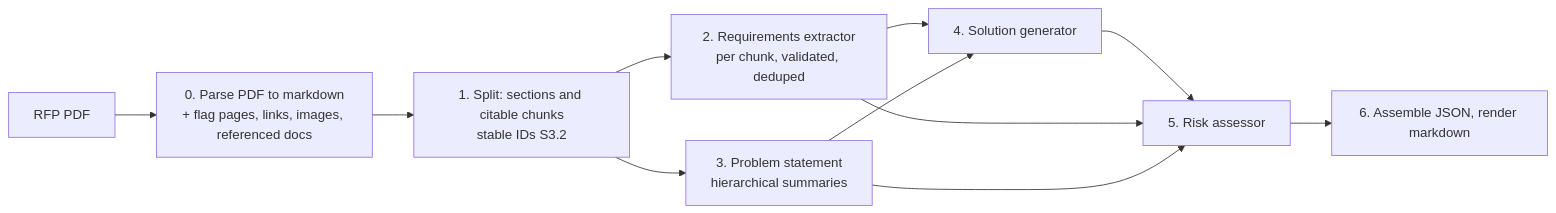
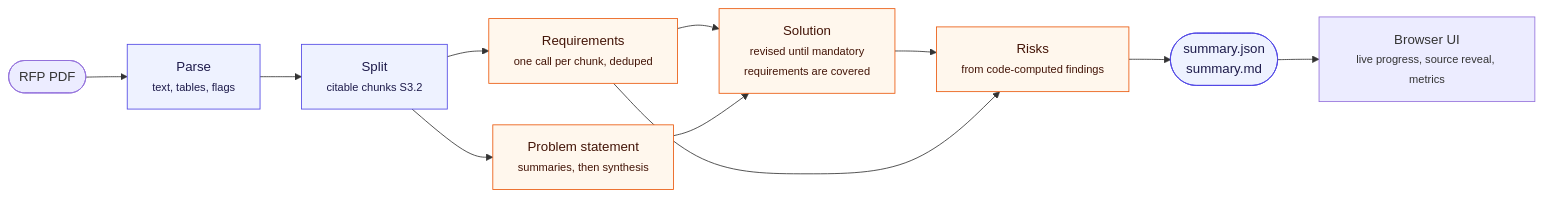
One commit to lofeodo/rfp-solution-summary-generator changed the first of 3 diagrams in README.md. Above: the diagram before and after it, drawn with Mermaid. The commit also changed other lines of this file and 6 other files, not shown here.

````diff
--- a/README.md
+++ b/README.md
@@ -32,13 +34,17 @@
 ```mermaid
 flowchart LR
-    PDF[RFP PDF] --> P0[0. Parse PDF to markdown<br/>+ flag pages, links, images, referenced docs]
-    P0 --> P1[1. Split: sections and citable chunks<br/>stable IDs S3.2]
-    P1 --> P2[2. Requirements extractor<br/>per chunk, validated, deduped]
-    P1 --> P3[3. Problem statement<br/>hierarchical summaries]
-    P2 --> P4[4. Solution generator]
-    P3 --> P4
-    P4 --> P5[5. Risk assessor]
-    P2 --> P5
-    P3 --> P5
-    P5 --> P6[6. Assemble JSON, render markdown]
+    PDF([RFP PDF]) --> A[Parse<br/><small>text, tables, flags</small>]
+    A --> B[Split<br/><small>citable chunks S3.2</small>]
+    B --> C[Requirements<br/><small>one call per chunk, deduped</small>]
+    B --> D[Problem statement<br/><small>summaries, then synthesis</small>]
+    C --> E[Solution<br/><small>revised until mandatory<br/>requirements are covered</small>]
+    D --> E
+    E --> F[Risks<br/><small>from code-computed findings</small>]
+    C --> F
+    F --> G([summary.json<br/>summary.md])
+    G --> UI[Browser UI<br/><small>live progress, source reveal, metrics</small>]
+    classDef code fill:#eef2ff,stroke:#4f46e5,color:#1e1b4b
+    classDef llm fill:#fff7ed,stroke:#ea580c,color:#431407
+    class A,B,G code
+    class C,D,E,F llm
 ```
````
